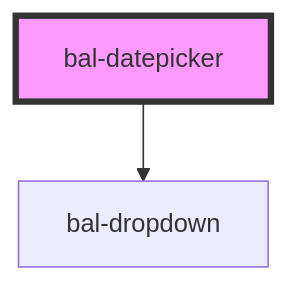
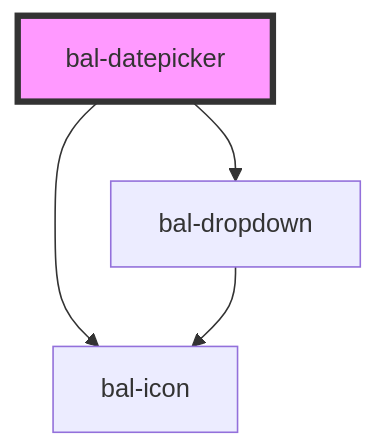
The diagram in src/components/datepicker/readme.md (baloise/design-system), drawn with Mermaid before and after one commit. The commit also changed other lines of this file and 17 other files, not shown here.

````diff
--- a/src/components/datepicker/readme.md
+++ b/src/components/datepicker/readme.md
@@ -92,5 +93,7 @@
 ```mermaid
 graph TD;
   bal-datepicker --> bal-dropdown
+  bal-datepicker --> bal-icon
+  bal-dropdown --> bal-icon
   style bal-datepicker fill:#f9f,stroke:#333,stroke-width:4px
 ```
````
